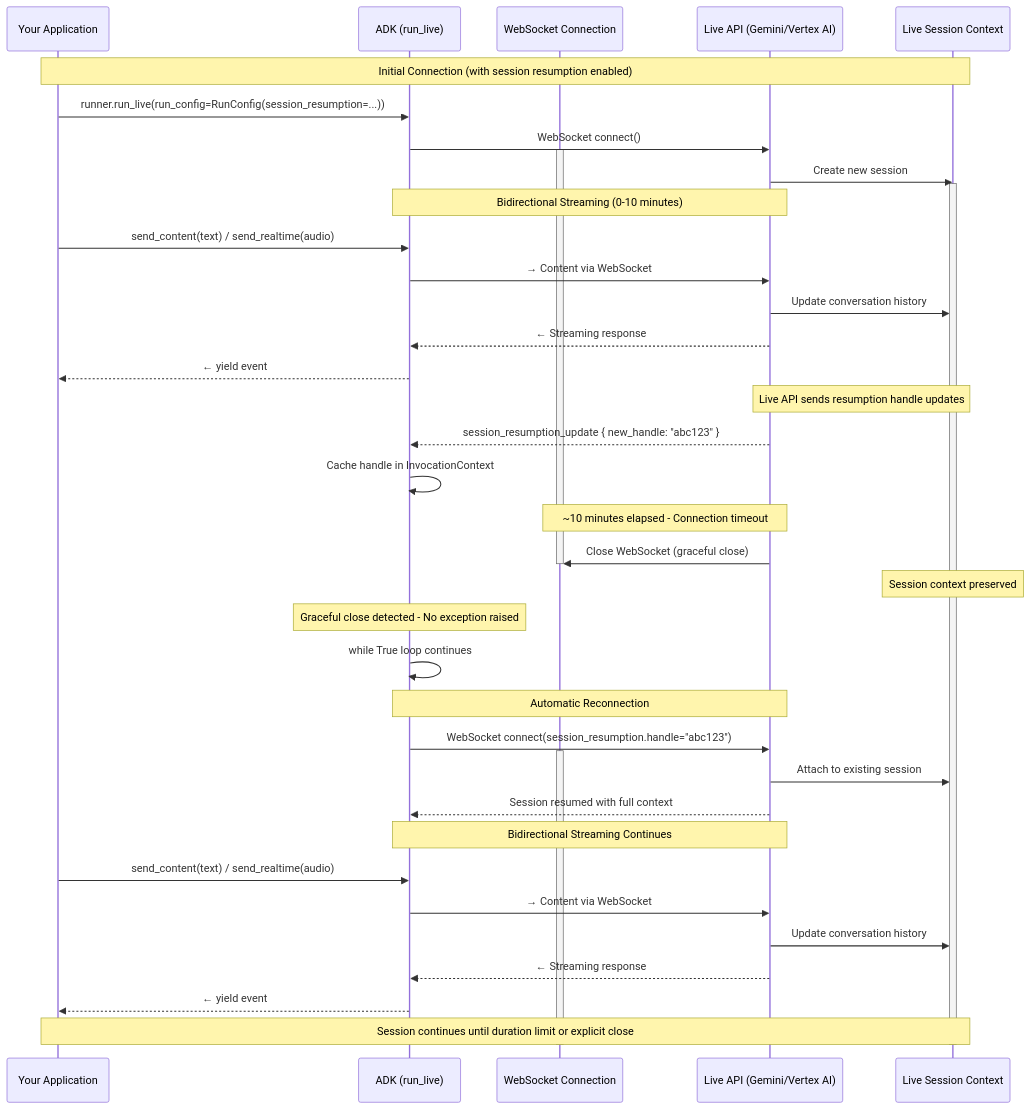
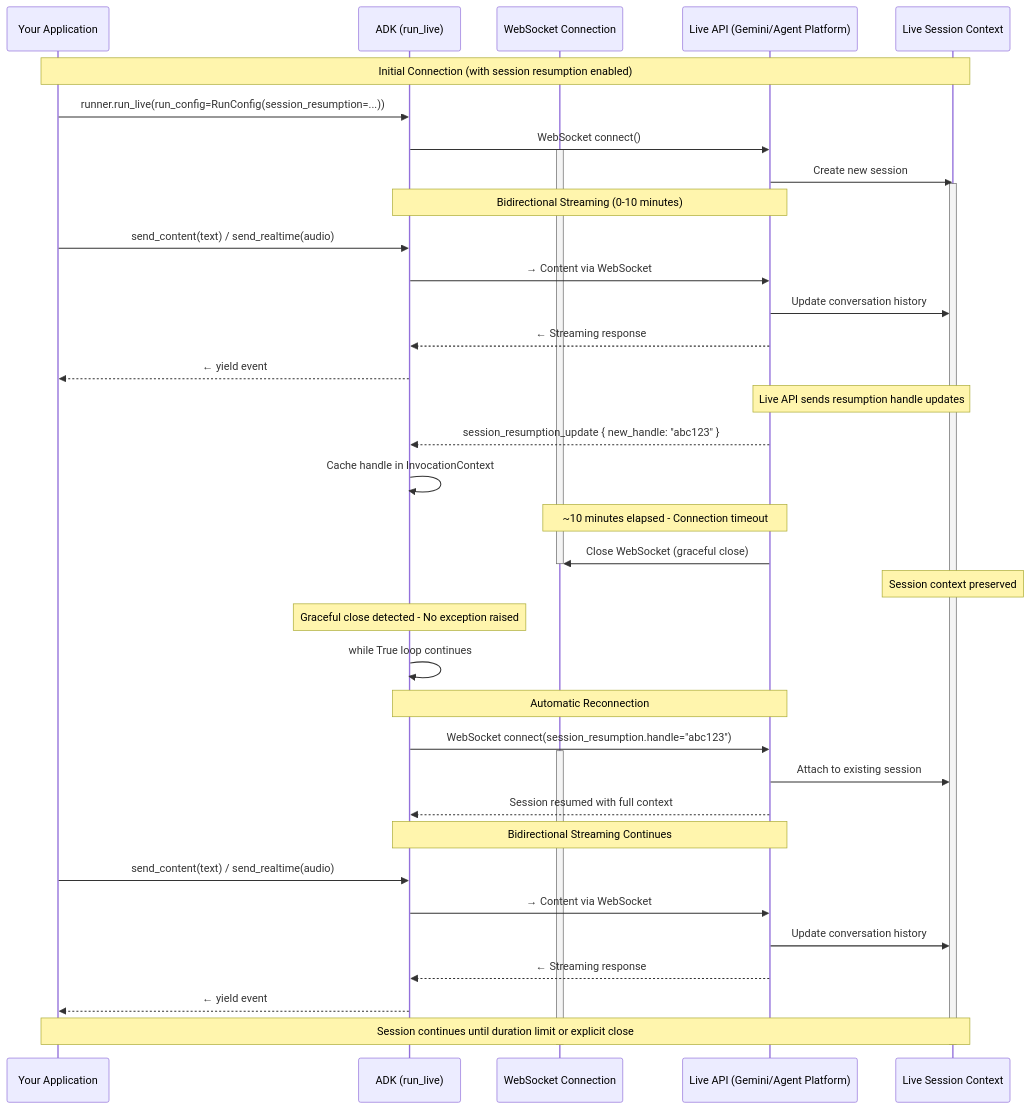
One commit to google/adk-docs changed the fourth of 4 diagrams in docs/streaming/dev-guide/part4.md. Above: the diagram before and after it, drawn with Mermaid. The commit also changed other lines of this file and 64 other files, not shown here.

````diff
--- a/docs/streaming/dev-guide/part4.md
+++ b/docs/streaming/dev-guide/part4.md
@@ -474,57 +474,57 @@
 ```mermaid
 sequenceDiagram
     participant App as Your Application
     participant ADK as ADK (run_live)
     participant WS as WebSocket Connection
-    participant API as Live API (Gemini/Vertex AI)
+    participant API as Live API (Gemini/Agent Platform)
     participant LiveSession as Live Session Context
 
     Note over App,LiveSession: Initial Connection (with session resumption enabled)
 
     App->>ADK: runner.run_live(run_config=RunConfig(session_resumption=...))
     ADK->>API: WebSocket connect()
     activate WS
     API->>LiveSession: Create new session
     activate LiveSession
 
     Note over ADK,API: Bidirectional Streaming (0-10 minutes)
 
     App->>ADK: send_content(text) / send_realtime(audio)
     ADK->>API: → Content via WebSocket
     API->>LiveSession: Update conversation history
     API-->>ADK: ← Streaming response
     ADK-->>App: ← yield event
 
     Note over API,LiveSession: Live API sends resumption handle updates
     API-->>ADK: session_resumption_update { new_handle: "abc123" }
     ADK->>ADK: Cache handle in InvocationContext
 
     Note over WS,API: ~10 minutes elapsed - Connection timeout
 
     API->>WS: Close WebSocket (graceful close)
     deactivate WS
     Note over LiveSession: Session context preserved
 
     Note over ADK: Graceful close detected - No exception raised
     ADK->>ADK: while True loop continues
 
     Note over ADK,API: Automatic Reconnection
 
     ADK->>API: WebSocket connect(session_resumption.handle="abc123")
     activate WS
     API->>LiveSession: Attach to existing session
     API-->>ADK: Session resumed with full context
 
     Note over ADK,API: Bidirectional Streaming Continues
 
     App->>ADK: send_content(text) / send_realtime(audio)
     ADK->>API: → Content via WebSocket
     API->>LiveSession: Update conversation history
     API-->>ADK: ← Streaming response
     ADK-->>App: ← yield event
 
     Note over App,LiveSession: Session continues until duration limit or explicit close
 
     deactivate WS
     deactivate LiveSession
 ```
````
